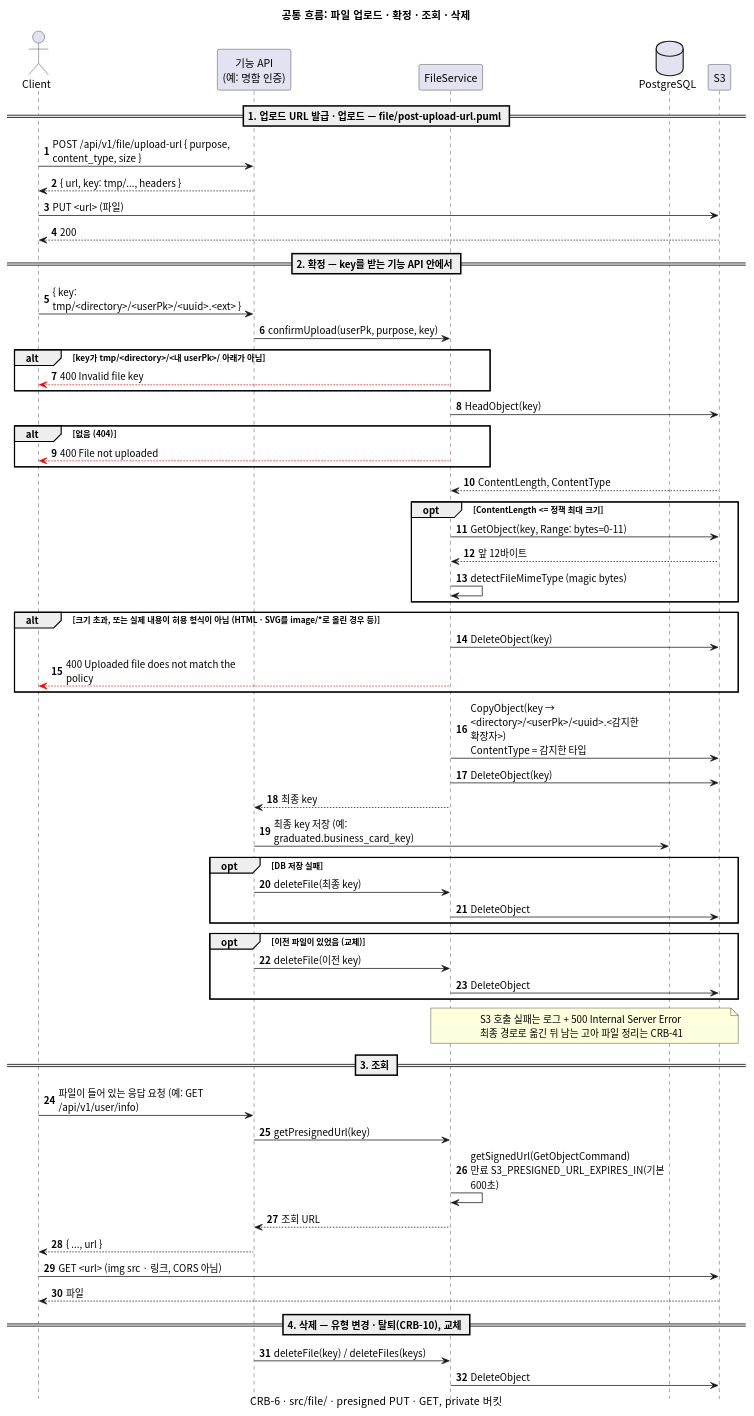
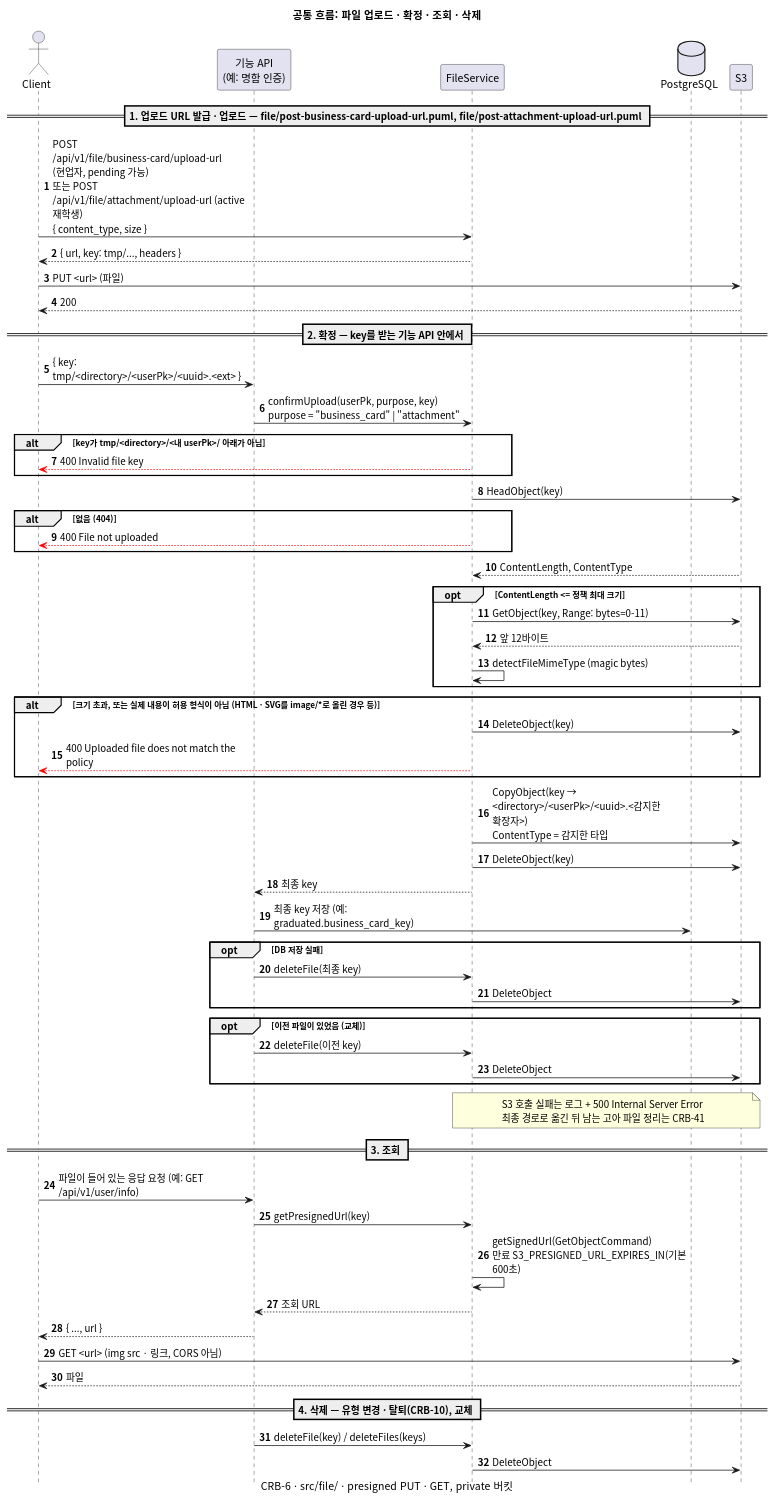
The diagram in docs/sequence/flow/file-upload.puml (gsainfoteam/cheers-be), drawn with PlantUML before and after one commit. The commit also changed 3 other files, not shown here.

Commit message:
- docs: split upload URL sequence diagrams by route

```diff
--- a/docs/sequence/flow/file-upload.puml
+++ b/docs/sequence/flow/file-upload.puml
@@ -1,80 +1,80 @@
 @startuml file-upload
 skinparam defaultFontName "Apple SD Gothic Neo", "Noto Sans CJK KR", sans-serif
 skinparam responseMessageBelowArrow true
 skinparam sequenceMessageAlign left
 skinparam maxMessageSize 260
 skinparam BoxPadding 8
 skinparam shadowing false
 autonumber
 hide footbox
 
 title 공통 흐름: 파일 업로드 · 확정 · 조회 · 삭제
 caption CRB-6 · src/file/ · presigned PUT · GET, private 버킷
 
 actor Client
 participant "기능 API\n(예: 명함 인증)" as Feature
 participant "FileService" as Service
 database PostgreSQL
 participant "S3"
 
-== 1. 업로드 URL 발급 · 업로드 — file/post-upload-url.puml ==
+== 1. 업로드 URL 발급 · 업로드 — file/post-business-card-upload-url.puml, file/post-attachment-upload-url.puml ==
 
-Client -> Feature: POST /api/v1/file/upload-url { purpose, content_type, size }
-Feature --> Client: { url, key: tmp/..., headers }
+Client -> Service: POST /api/v1/file/business-card/upload-url (현업자, pending 가능)\n또는 POST /api/v1/file/attachment/upload-url (active 재학생)\n{ content_type, size }
+Service --> Client: { url, key: tmp/..., headers }
 Client -> S3: PUT <url> (파일)
 S3 --> Client: 200
 
 == 2. 확정 — key를 받는 기능 API 안에서 ==
 
 Client -> Feature: { key: tmp/<directory>/<userPk>/<uuid>.<ext> }
-Feature -> Service: confirmUpload(userPk, purpose, key)
+Feature -> Service: confirmUpload(userPk, purpose, key)\npurpose = "business_card" | "attachment"
 alt key가 tmp/<directory>/<내 userPk>/ 아래가 아님
   Service -[#red]-> Client: 400 Invalid file key
 end
 Service -> S3: HeadObject(key)
 alt 없음 (404)
   Service -[#red]-> Client: 400 File not uploaded
 end
 S3 --> Service: ContentLength, ContentType
 opt ContentLength <= 정책 최대 크기
   Service -> S3: GetObject(key, Range: bytes=0-11)
   S3 --> Service: 앞 12바이트
   Service -> Service: detectFileMimeType (magic bytes)
 end
 alt 크기 초과, 또는 실제 내용이 허용 형식이 아님 (HTML · SVG를 image/*로 올린 경우 등)
   Service -> S3: DeleteObject(key)
   Service -[#red]-> Client: 400 Uploaded file does not match the policy
 end
 Service -> S3: CopyObject(key → <directory>/<userPk>/<uuid>.<감지한 확장자>)\nContentType = 감지한 타입
 Service -> S3: DeleteObject(key)
 Service --> Feature: 최종 key
 Feature -> PostgreSQL: 최종 key 저장 (예: graduated.business_card_key)
 opt DB 저장 실패
   Feature -> Service: deleteFile(최종 key)
   Service -> S3: DeleteObject
 end
 opt 이전 파일이 있었음 (교체)
   Feature -> Service: deleteFile(이전 key)
   Service -> S3: DeleteObject
 end
 note over Service, S3
   S3 호출 실패는 로그 + 500 Internal Server Error
   최종 경로로 옮긴 뒤 남는 고아 파일 정리는 CRB-41
 end note
 
 == 3. 조회 ==
 
 Client -> Feature: 파일이 들어 있는 응답 요청 (예: GET /api/v1/user/info)
 Feature -> Service: getPresignedUrl(key)
 Service -> Service: getSignedUrl(GetObjectCommand)\n만료 S3_PRESIGNED_URL_EXPIRES_IN(기본 600초)
 Service --> Feature: 조회 URL
 Feature --> Client: { ..., url }
 Client -> S3: GET <url> (img src · 링크, CORS 아님)
 S3 --> Client: 파일
 
 == 4. 삭제 — 유형 변경 · 탈퇴(CRB-10), 교체 ==
 
 Feature -> Service: deleteFile(key) / deleteFiles(keys)
 Service -> S3: DeleteObject
 
 @enduml
```
